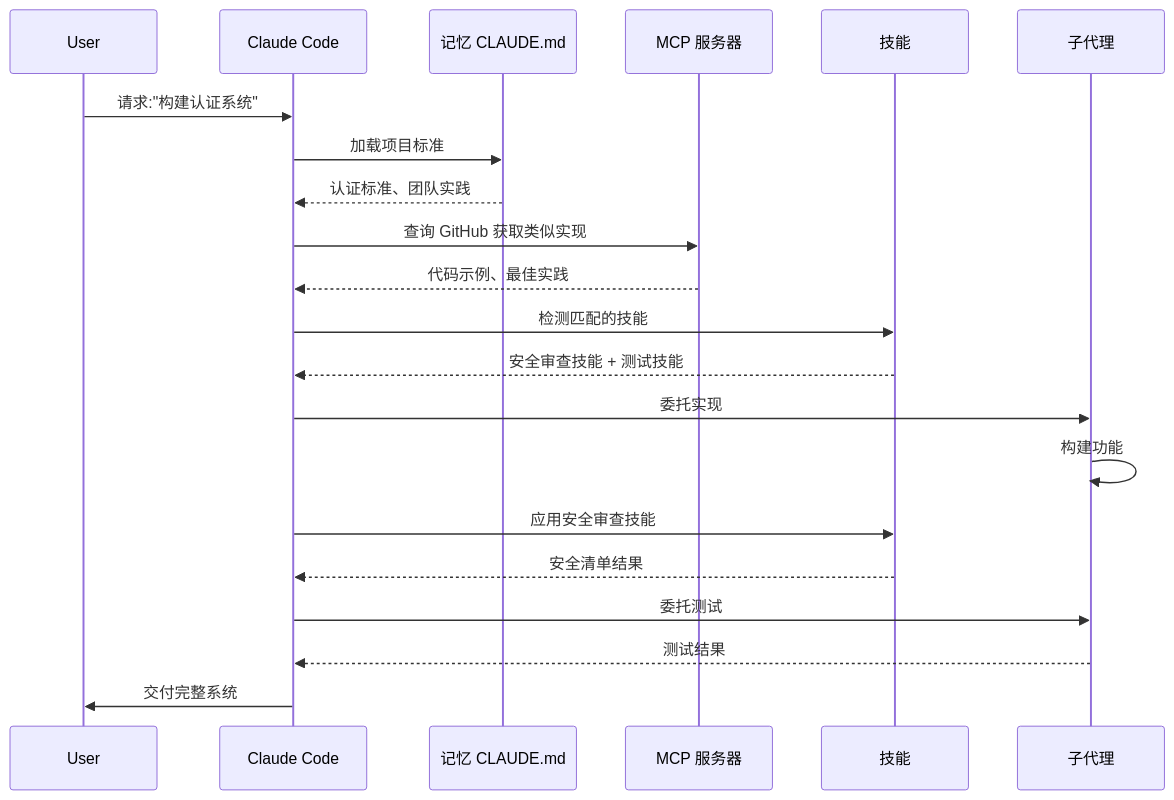
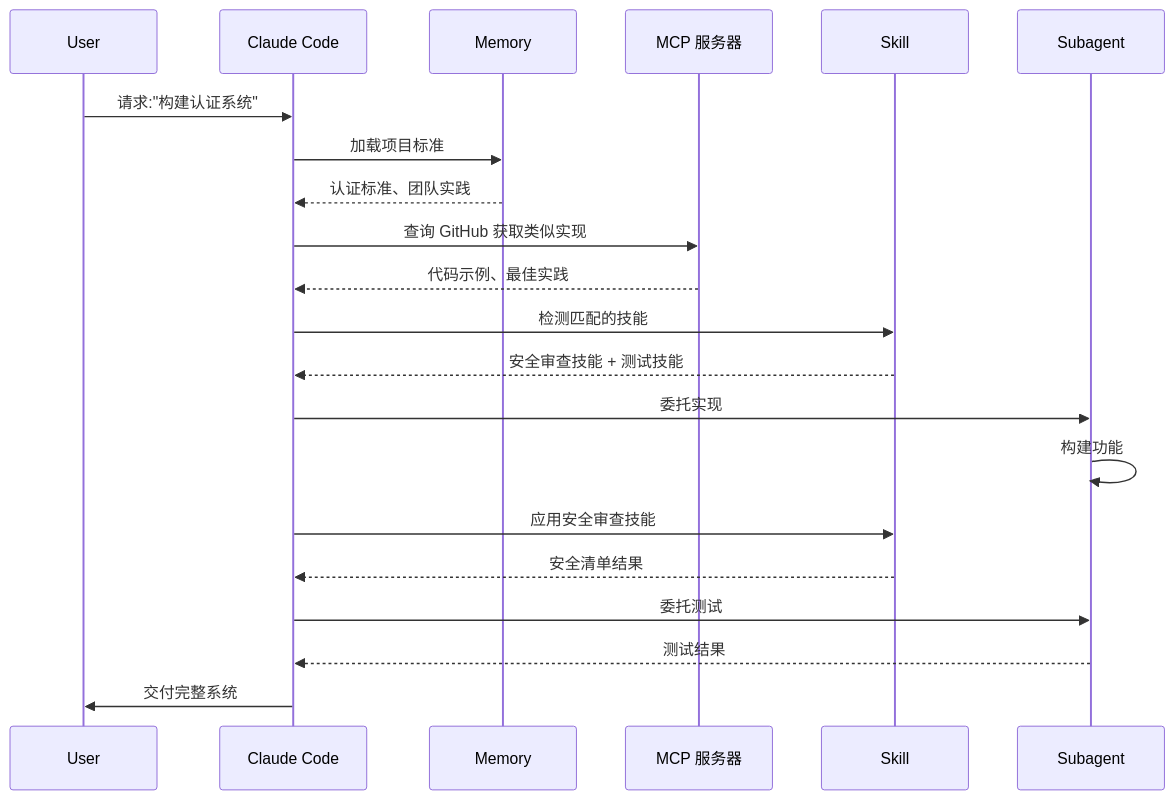
One commit to Rx782-Fss/claude-howto-zh changed diagram 29 of 31 in claude-howto-zh/claude_concepts_guide.md. Above: the diagram before and after it, drawn with Mermaid. The commit also changed other lines of this file and 3 other files, not shown here.

First line of the commit message:
fix: 清除 sequenceDiagram 中 29处 as 中文别名

````diff
--- a/claude-howto-zh/claude_concepts_guide.md
+++ b/claude-howto-zh/claude_concepts_guide.md
@@ -2685,24 +2685,24 @@
 ```mermaid
 sequenceDiagram
     participant User
     participant Claude as Claude Code
-    participant Memory as 记忆 CLAUDE.md
+    participant Memory as Memory
     participant MCP as MCP 服务器
-    participant Skills as 技能
-    participant SubAgent as 子代理
+    participant Skills as Skill
+    participant SubAgent as Subagent
 
     User->>Claude: 请求:"构建认证系统"
     Claude->>Memory: 加载项目标准
     Memory-->>Claude: 认证标准、团队实践
     Claude->>MCP: 查询 GitHub 获取类似实现
     MCP-->>Claude: 代码示例、最佳实践
     Claude->>Skills: 检测匹配的技能
     Skills-->>Claude: 安全审查技能 + 测试技能
     Claude->>SubAgent: 委托实现
     SubAgent->>SubAgent: 构建功能
     Claude->>Skills: 应用安全审查技能
     Skills-->>Claude: 安全清单结果
     Claude->>SubAgent: 委托测试
     SubAgent-->>Claude: 测试结果
     Claude->>User: 交付完整系统
 ```
````
